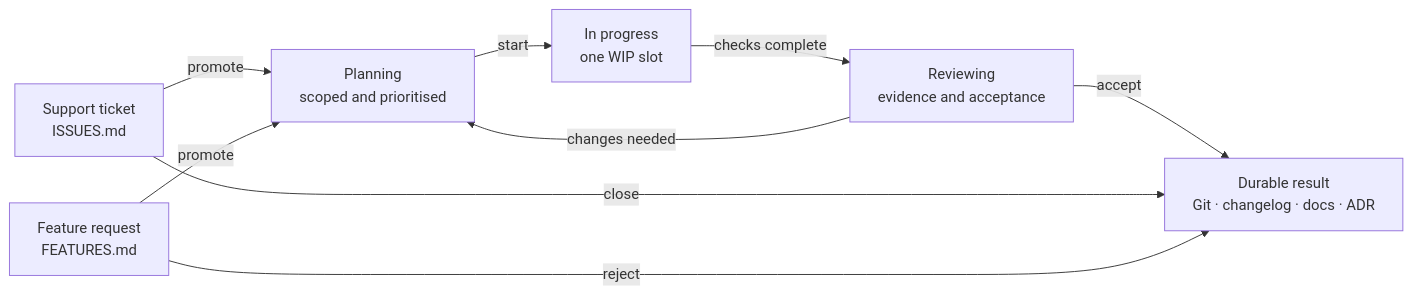
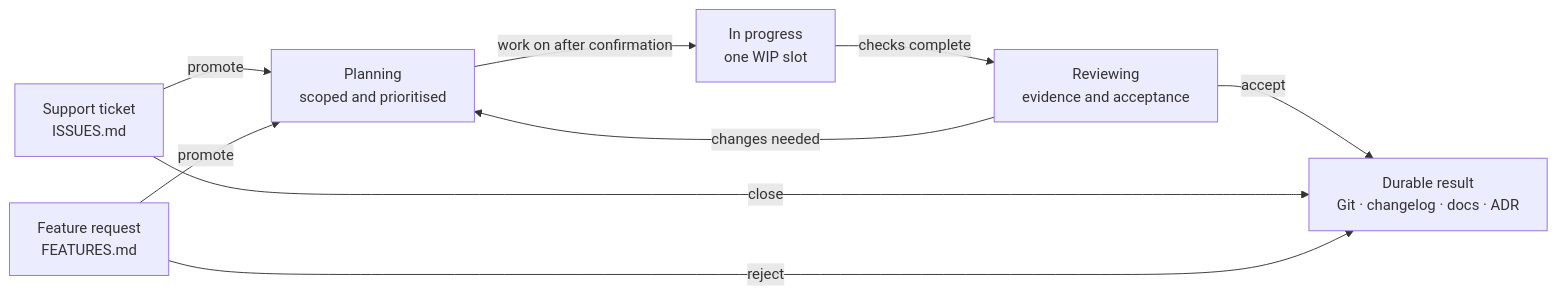
One commit to tenforward-audio/swe-harness changed the diagram in README.md. Above: the diagram before and after it, drawn with Mermaid. The commit also changed other lines of this file and 24 other files, not shown here.

Commit message:
feat(harness): add confirmed work delivery flow

````diff
--- a/README.md
+++ b/README.md
@@ -39,18 +47,18 @@
 ```mermaid
 flowchart LR
     issue["Support ticket<br/>ISSUES.md"]
     feature["Feature request<br/>FEATURES.md"]
     planning["Planning<br/>scoped and prioritised"]
     progress["In progress<br/>one WIP slot"]
     review["Reviewing<br/>evidence and acceptance"]
     outcome["Durable result<br/>Git · changelog · docs · ADR"]
 
     issue -->|promote| planning
     feature -->|promote| planning
-    planning -->|start| progress
+    planning -->|work on after confirmation| progress
     progress -->|checks complete| review
     review -->|accept| outcome
     review -->|changes needed| planning
     issue -->|close| outcome
     feature -->|reject| outcome
 ```
````
